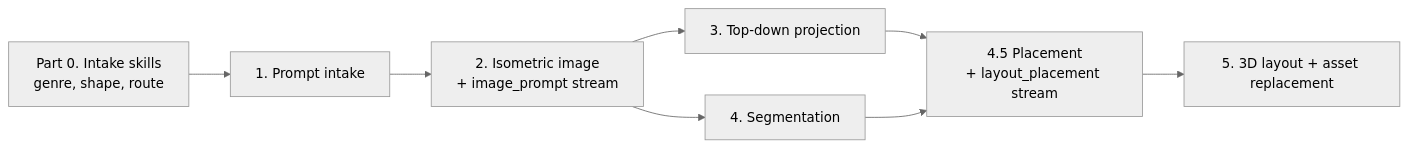
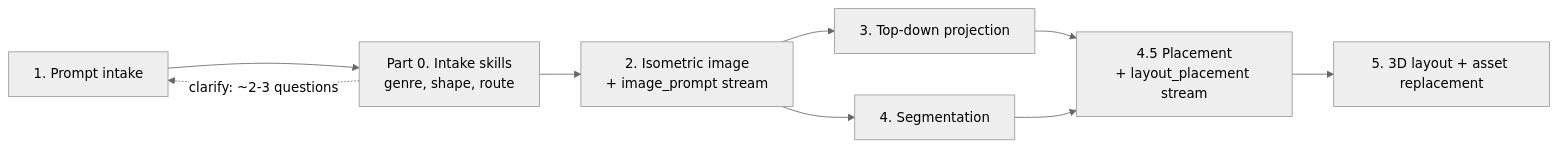
Before and after one commit to elaineh-rbx/genre_specific_layout_generator: the second of 5 diagrams in docs/LayoutGen - Pipeline.md, drawn with Mermaid (neutral theme). The commit also changed other lines of this file and 4441 other files, not shown here.

````diff
--- a/docs/LayoutGen - Pipeline.md
+++ b/docs/LayoutGen - Pipeline.md
@@ -59,10 +134,11 @@
 ```mermaid
 flowchart LR
-    S[Part 0. Intake skills<br/>genre, shape, route] --> A[1. Prompt intake]
-    A --> B[2. Isometric image<br/>+ image_prompt stream]
+    A[1. Prompt intake] --> S[Part 0. Intake skills<br/>genre, shape, route]
+    S -.->|"clarify: ~2-3 questions"| A
+    S --> B[2. Isometric image<br/>+ image_prompt stream]
     B --> C[3. Top-down projection]
     B --> D[4. Segmentation]
     C --> E[4.5 Placement<br/>+ layout_placement stream]
     D --> E
     E --> F[5. 3D layout + asset replacement]
 ```
````
